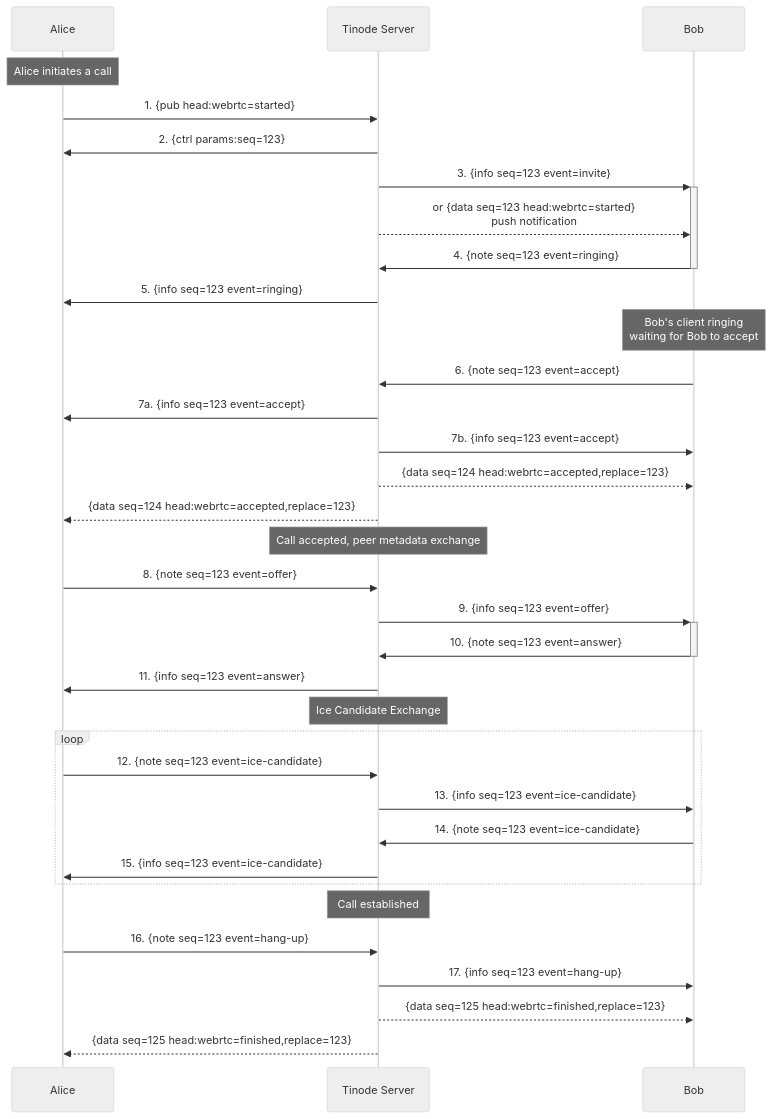
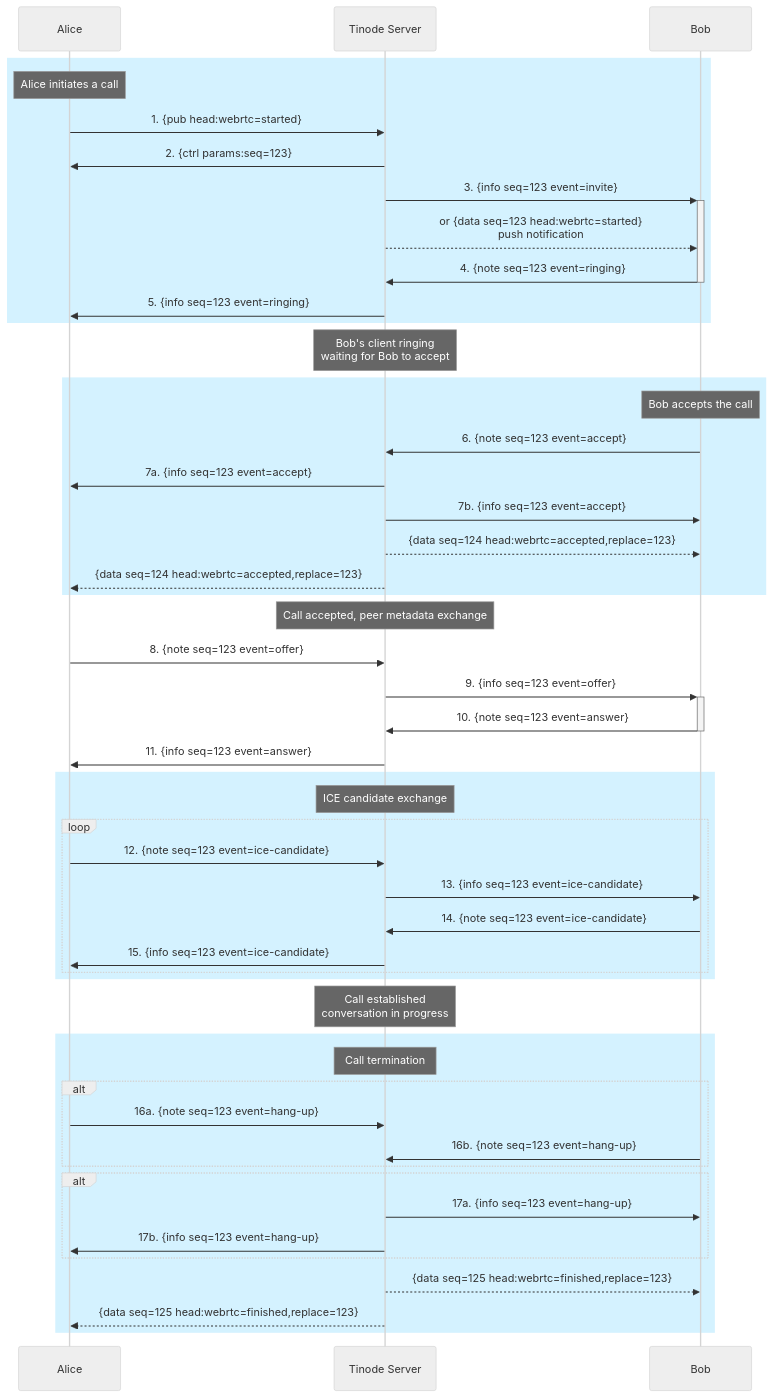
One commit to tinode/chat changed the diagram in docs/call-establishment.md. Above: the diagram before and after it, drawn with Mermaid (neutral theme).

Commit message:
expanded and prettified the diagram

````diff
--- a/docs/call-establishment.md
+++ b/docs/call-establishment.md
@@ -19,36 +19,52 @@
 ```mermaid
 sequenceDiagram
     participant A as Alice
     participant S as Tinode Server
     participant B as Bob
-    Note over A: Alice initiates a call
-    A->>S: 1. {pub head:webrtc=started}
-    S->>A: 2. {ctrl params:seq=123}
-    S->>+B: 3. {info seq=123 event=invite}
-    S-->>B: or {data seq=123 head:webrtc=started} <br/> push notification
-    B->>-S: 4. {note seq=123 event=ringing}
-    S->>A: 5. {info seq=123 event=ringing}
-    Note over B: Bob's client ringing<br/>waiting for Bob to accept
-    B->>S: 6. {note seq=123 event=accept}
-    S->>A: 7a. {info seq=123 event=accept}
-    S->>B: 7b. {info seq=123 event=accept}
-    S-->>B: {data seq=124 head:webrtc=accepted,replace=123}
-    S-->>A: {data seq=124 head:webrtc=accepted,replace=123}
+    rect rgb(212, 242, 255)
+        Note over A: Alice initiates a call
+        A->>S: 1. {pub head:webrtc=started}
+        S->>A: 2. {ctrl params:seq=123}
+        S->>+B: 3. {info seq=123 event=invite}
+        S-->>B: or {data seq=123 head:webrtc=started} <br/> push notification
+        B->>-S: 4. {note seq=123 event=ringing}
+        S->>A: 5. {info seq=123 event=ringing}
+    end
+    Note over S: Bob's client ringing<br/>waiting for Bob to accept
+    rect rgb(212, 242, 255)
+        Note over B: Bob accepts the call
+        B->>S: 6. {note seq=123 event=accept}
+        S->>A: 7a. {info seq=123 event=accept}
+        S->>B: 7b. {info seq=123 event=accept}
+        S-->>B: {data seq=124 head:webrtc=accepted,replace=123}
+        S-->>A: {data seq=124 head:webrtc=accepted,replace=123}
+    end
     Note over S: Call accepted, peer metadata exchange
     A->>S: 8. {note seq=123 event=offer}
     S->>+B: 9. {info seq=123 event=offer}
     B->>-S: 10. {note seq=123 event=answer}
     S->>A: 11. {info seq=123 event=answer}
-    Note over S: Ice Candidate Exchange
-    loop
-        A->>S: 12. {note seq=123 event=ice-candidate}
-        S->>B: 13. {info seq=123 event=ice-candidate}
-        B->>S: 14. {note seq=123 event=ice-candidate}
-        S->>A: 15. {info seq=123 event=ice-candidate}
+    rect rgb(212, 242, 255)
+        Note over S: ICE candidate exchange
+        loop
+            A->>S: 12. {note seq=123 event=ice-candidate}
+            S->>B: 13. {info seq=123 event=ice-candidate}
+            B->>S: 14. {note seq=123 event=ice-candidate}
+            S->>A: 15. {info seq=123 event=ice-candidate}
+        end
     end
-    Note over S: Call established
-    A->>S: 16. {note seq=123 event=hang-up}
-    S->>B: 17. {info seq=123 event=hang-up}
-    S-->>B: {data seq=125 head:webrtc=finished,replace=123}
-    S-->>A: {data seq=125 head:webrtc=finished,replace=123}
+    Note over S: Call established<br/>conversation in progress
+    rect rgb(212, 242, 255)
+        Note over S: Call termination
+        alt
+            A->>S: 16a. {note seq=123 event=hang-up}
+            B->>S: 16b. {note seq=123 event=hang-up}
+        end
+        alt
+            S->>B: 17a. {info seq=123 event=hang-up}
+            S->>A: 17b. {info seq=123 event=hang-up}
+        end
+        S-->>B: {data seq=125 head:webrtc=finished,replace=123}
+        S-->>A: {data seq=125 head:webrtc=finished,replace=123}
+    end
 ```
````
